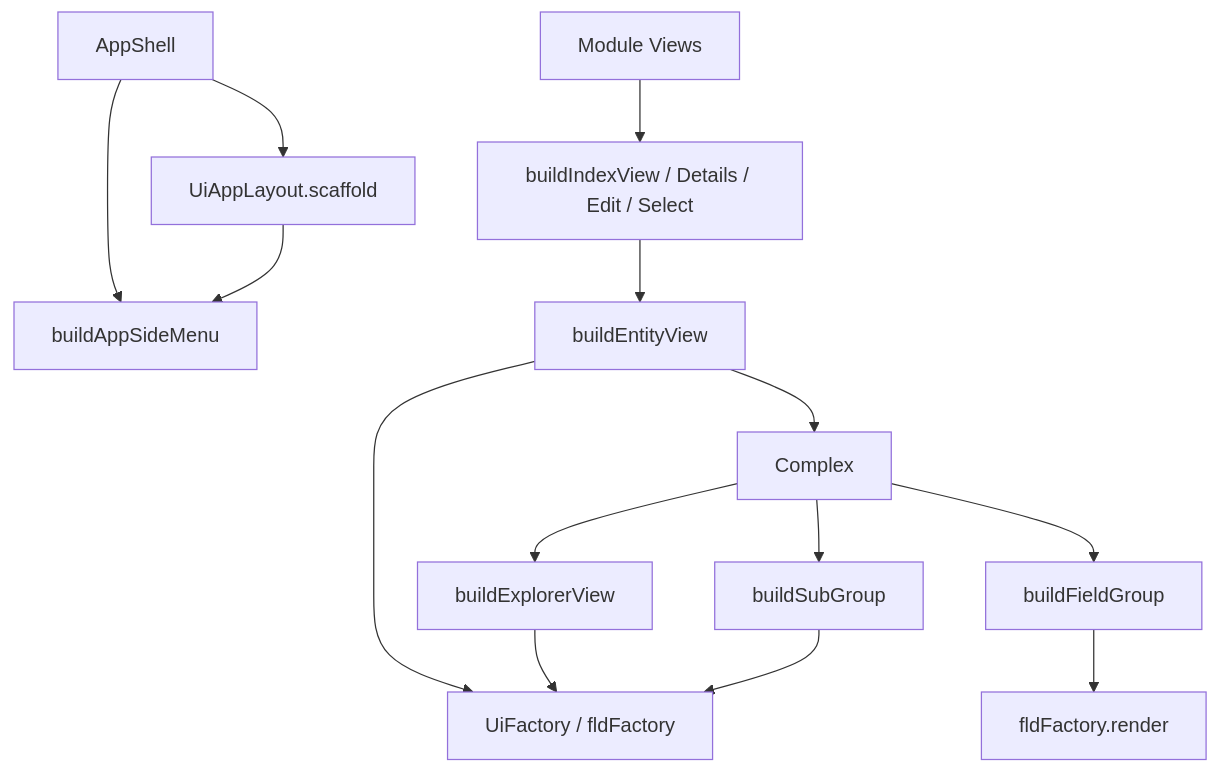
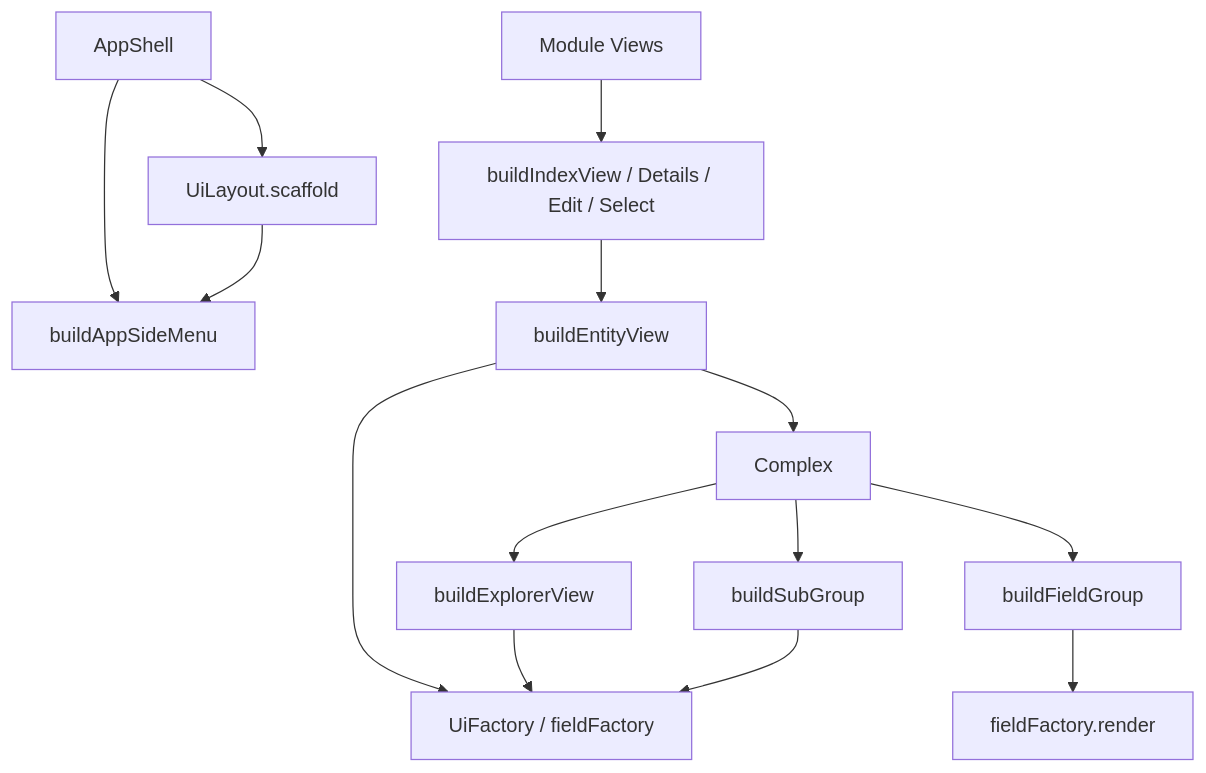
One commit to Roy7611/mmda-vue changed the diagram in packages/core/docs/ui/ui_four_roles_design.md. Above: the diagram before and after it, drawn with Mermaid. The commit also changed other lines of this file and 179 other files, not shown here.

````diff
--- a/packages/core/docs/ui/ui_four_roles_design.md
+++ b/packages/core/docs/ui/ui_four_roles_design.md
@@ -33,20 +32,20 @@
 ```mermaid
 flowchart TB
   app[AppShell]
   mod[Module Views]
   cx[Complex]
-  fact[UiFactory / fldFactory]
-  app --> layoutApp[UiAppLayout.scaffold]
+  fact[UiFactory / fieldFactory]
+  app --> layoutApp[UiLayout.scaffold]
   app --> side[buildAppSideMenu]
   layoutApp --> side
   mod --> named["buildIndexView / Details / Edit / Select"]
   named --> entity[buildEntityView]
   entity --> cx
   entity --> fact
   cx --> ex[buildExplorerView]
   cx --> grp[buildFieldGroup]
   cx --> sub[buildSubGroup]
   ex --> fact
-  grp --> fld[fldFactory.render]
+  grp --> fld[fieldFactory.render]
   sub --> fact
 ```
````
